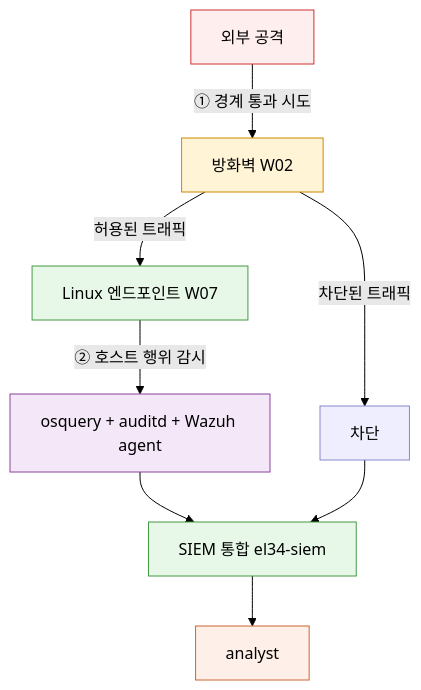
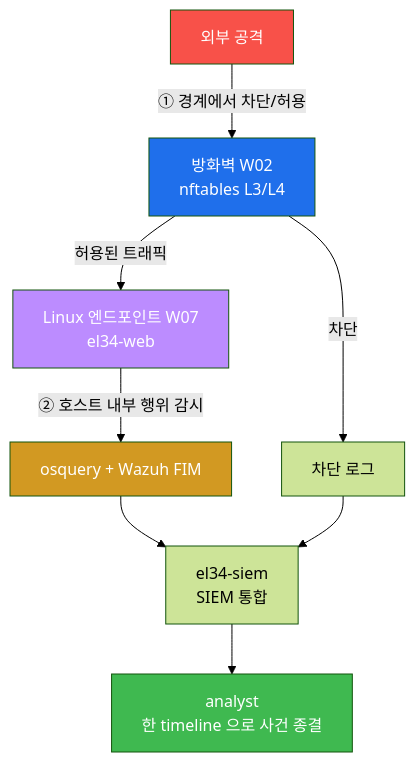
One commit to mrgrit/tw2 changed the sixth of 6 diagrams in contents/training/secuops/lecture_week07.md. Above: the diagram before and after it, drawn with Mermaid (forest theme). The commit also changed other lines of this file and 6 other files, not shown here.

````diff
--- a/contents/training/secuops/lecture_week07.md
+++ b/contents/training/secuops/lecture_week07.md
@@ -266,18 +502,15 @@
 ```mermaid
-flowchart TB
-    A[외부 공격]:::atk -->|① 경계 통과 시도| FW[방화벽 W02]:::fw
-    FW -->|허용된 트래픽| EP[Linux 엔드포인트 W07]:::ep
-    FW -->|차단된 트래픽| BLK[차단]:::blk
-    EP -->|② 호스트 행위 감시| SY[osquery + auditd + Wazuh agent]:::sy
-    SY --> SI[SIEM 통합 el34-siem]:::svc
-    BLK --> SI
-    SI --> AN[analyst]:::an
-
-    classDef atk fill:#fee,stroke:#c33
-    classDef fw fill:#fff5d6,stroke:#c80
-    classDef blk fill:#eef,stroke:#88c
-    classDef ep fill:#e8f8e8,stroke:#494
-    classDef sy fill:#f4e8f8,stroke:#849
-    classDef svc fill:#e8f8e8,stroke:#494
-    classDef an fill:#fef0e8,stroke:#c63
+graph TD
+    ATK["외부 공격"] -->|"① 경계에서 차단/허용"| FW["방화벽 W02<br/>nftables L3/L4"]
+    FW -->|"허용된 트래픽"| EP["Linux 엔드포인트 W07<br/>el34-web"]
+    FW -->|"차단"| BLK["차단 로그"]
+    EP -->|"② 호스트 내부 행위 감시"| SY["osquery + Wazuh FIM"]
+    SY --> SIEM["el34-siem<br/>SIEM 통합"]
+    BLK --> SIEM
+    SIEM --> AN["analyst<br/>한 timeline 으로 사건 종결"]
+    style ATK fill:#f85149,color:#fff
+    style FW fill:#1f6feb,color:#fff
+    style EP fill:#bc8cff,color:#fff
+    style SY fill:#d29922,color:#fff
+    style AN fill:#3fb950,color:#fff
 ```
````
